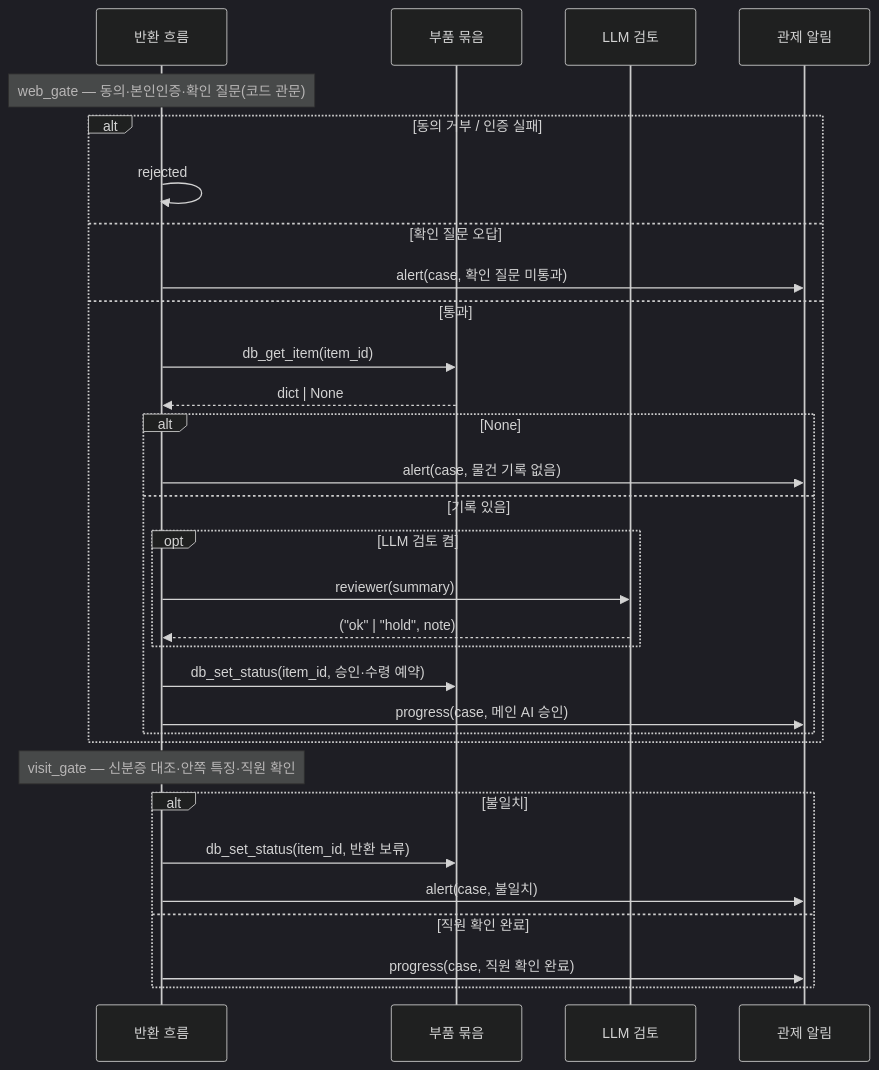
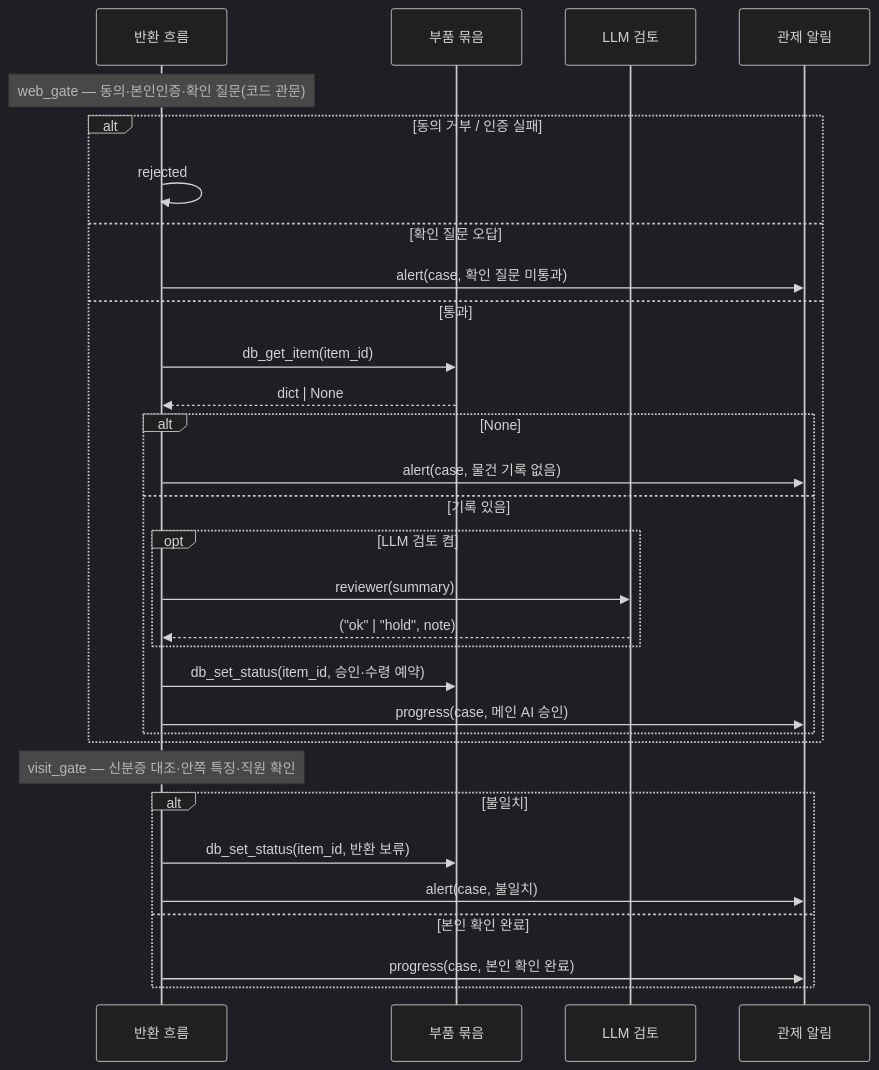
Before and after one commit to agentops-lostfound/ai-lostfound-tower: the first of 2 diagrams in docs/design/sequence.md, drawn with Mermaid (dark theme). The commit also changed 10 other files, not shown here.

````diff
--- a/docs/design/sequence.md
+++ b/docs/design/sequence.md
@@ -6,33 +6,33 @@
 ```mermaid
 sequenceDiagram
   participant Sup as 반환 흐름
   participant BE as 부품 묶음
   participant Rev as LLM 검토
   participant Rep as 관제 알림
   Note over Sup: web_gate — 동의·본인인증·확인 질문(코드 관문)
   alt 동의 거부 / 인증 실패
     Sup->>Sup: rejected
   else 확인 질문 오답
     Sup->>Rep: alert(case, 확인 질문 미통과)
   else 통과
     Sup->>BE: db_get_item(item_id)
     BE-->>Sup: dict | None
     alt None
       Sup->>Rep: alert(case, 물건 기록 없음)
     else 기록 있음
       opt LLM 검토 켬
         Sup->>Rev: reviewer(summary)
         Rev-->>Sup: ("ok" | "hold", note)
       end
       Sup->>BE: db_set_status(item_id, 승인·수령 예약)
       Sup->>Rep: progress(case, 메인 AI 승인)
     end
   end
   Note over Sup: visit_gate — 신분증 대조·안쪽 특징·직원 확인
   alt 불일치
     Sup->>BE: db_set_status(item_id, 반환 보류)
     Sup->>Rep: alert(case, 불일치)
-  else 직원 확인 완료
-    Sup->>Rep: progress(case, 직원 확인 완료)
+  else 본인 확인 완료
+    Sup->>Rep: progress(case, 본인 확인 완료)
   end
 ```
````
